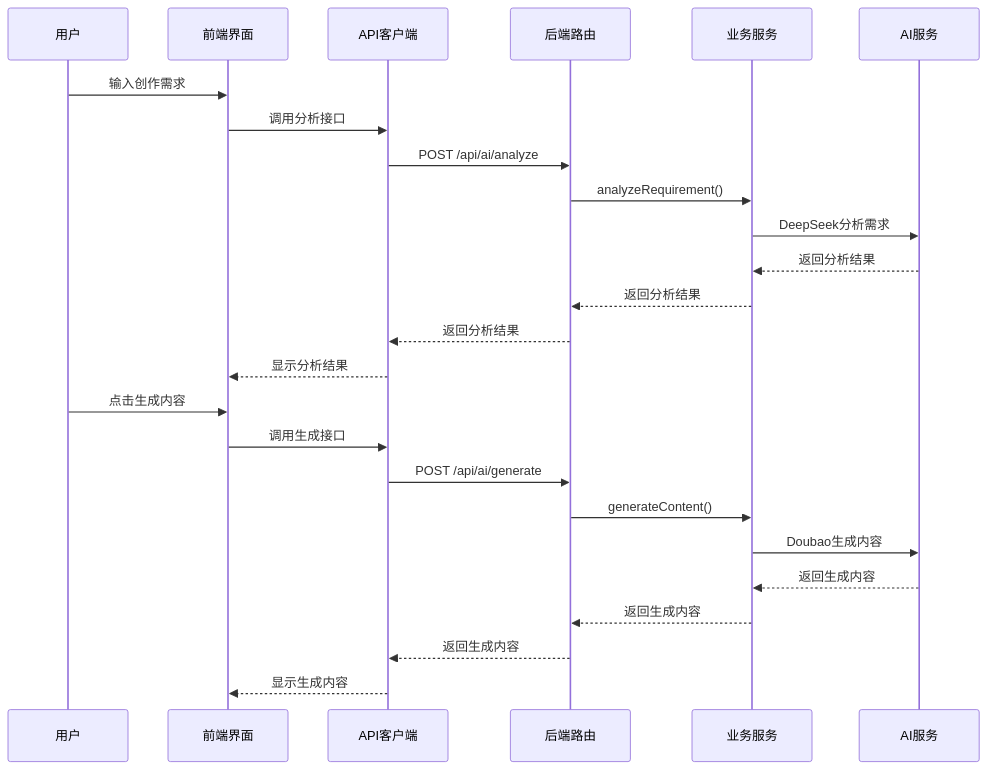
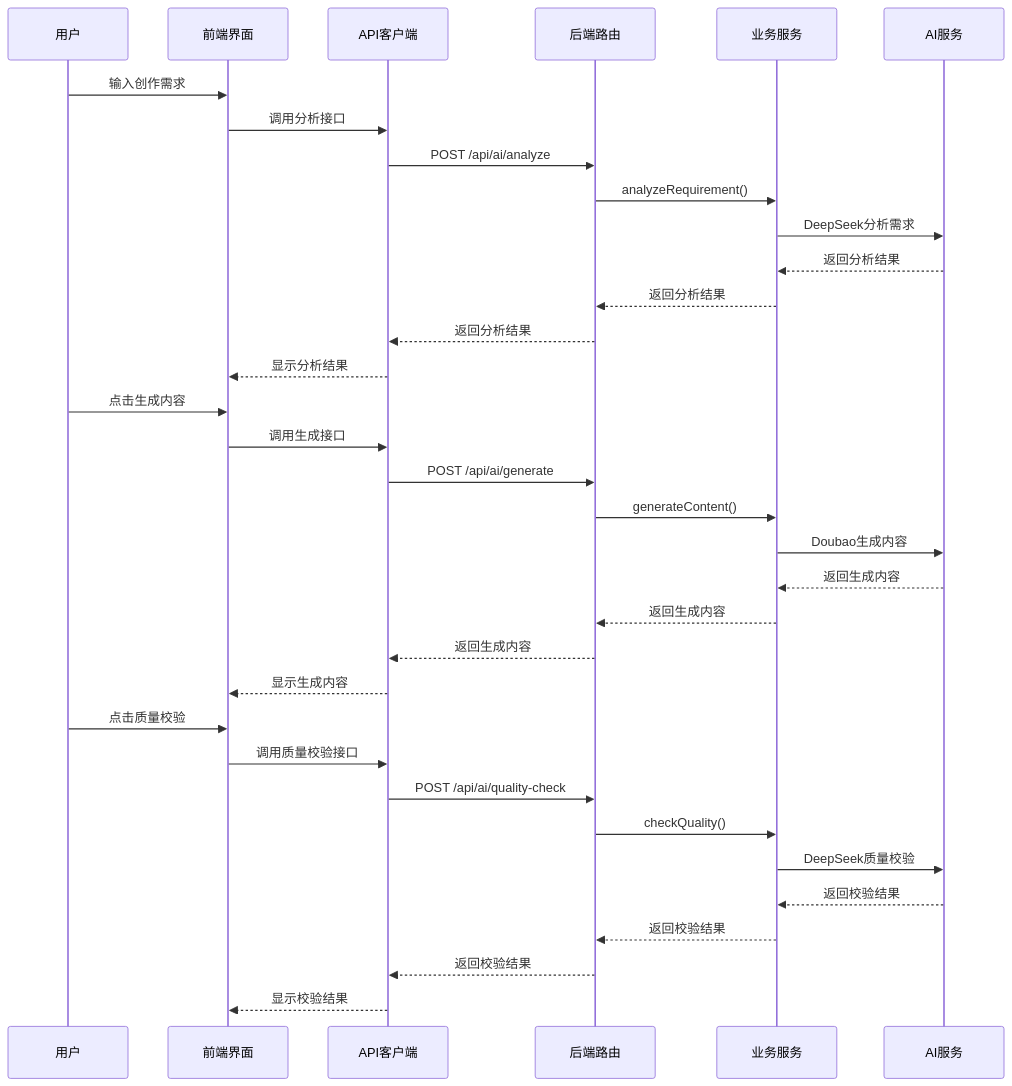
Before and after one commit to songdiyang/clawOperations: the second of 17 diagrams in .qoder/repowiki/zh/content/核心模块详解/Web界面系统/AI创作页面.md, drawn with Mermaid. The commit also changed other lines of this file and 6 other files, not shown here.

Commit message:
feat: add regenerate copywriting button when quality check fails

````diff
--- a/.qoder/repowiki/zh/content/核心模块详解/Web界面系统/AI创作页面.md
+++ b/.qoder/repowiki/zh/content/核心模块详解/Web界面系统/AI创作页面.md
@@ -104,27 +107,36 @@
 ```mermaid
 sequenceDiagram
 participant User as 用户
 participant UI as 前端界面
 participant API as API客户端
 participant Router as 后端路由
 participant Service as 业务服务
 participant AI as AI服务
 User->>UI : 输入创作需求
 UI->>API : 调用分析接口
 API->>Router : POST /api/ai/analyze
 Router->>Service : analyzeRequirement()
 Service->>AI : DeepSeek分析需求
 AI-->>Service : 返回分析结果
 Service-->>Router : 返回分析结果
 Router-->>API : 返回分析结果
 API-->>UI : 显示分析结果
 User->>UI : 点击生成内容
 UI->>API : 调用生成接口
 API->>Router : POST /api/ai/generate
 Router->>Service : generateContent()
 Service->>AI : Doubao生成内容
 AI-->>Service : 返回生成内容
 Service-->>Router : 返回生成内容
 Router-->>API : 返回生成内容
 API-->>UI : 显示生成内容
+User->>UI : 点击质量校验
+UI->>API : 调用质量校验接口
+API->>Router : POST /api/ai/quality-check
+Router->>Service : checkQuality()
+Service->>AI : DeepSeek质量校验
+AI-->>Service : 返回校验结果
+Service-->>Router : 返回校验结果
+Router-->>API : 返回校验结果
+API-->>UI : 显示校验结果
 ```
````
